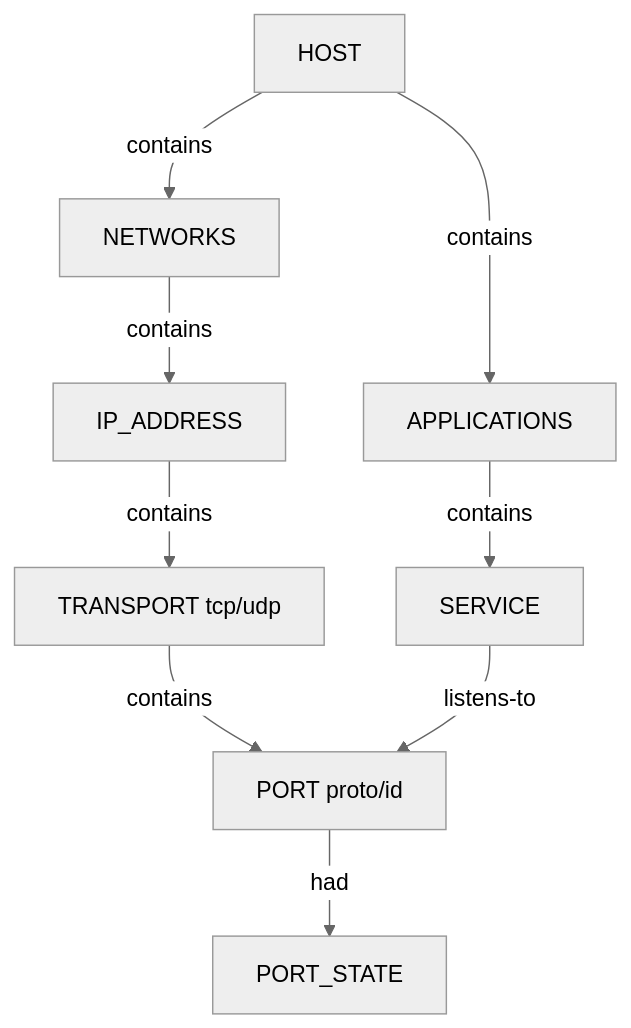
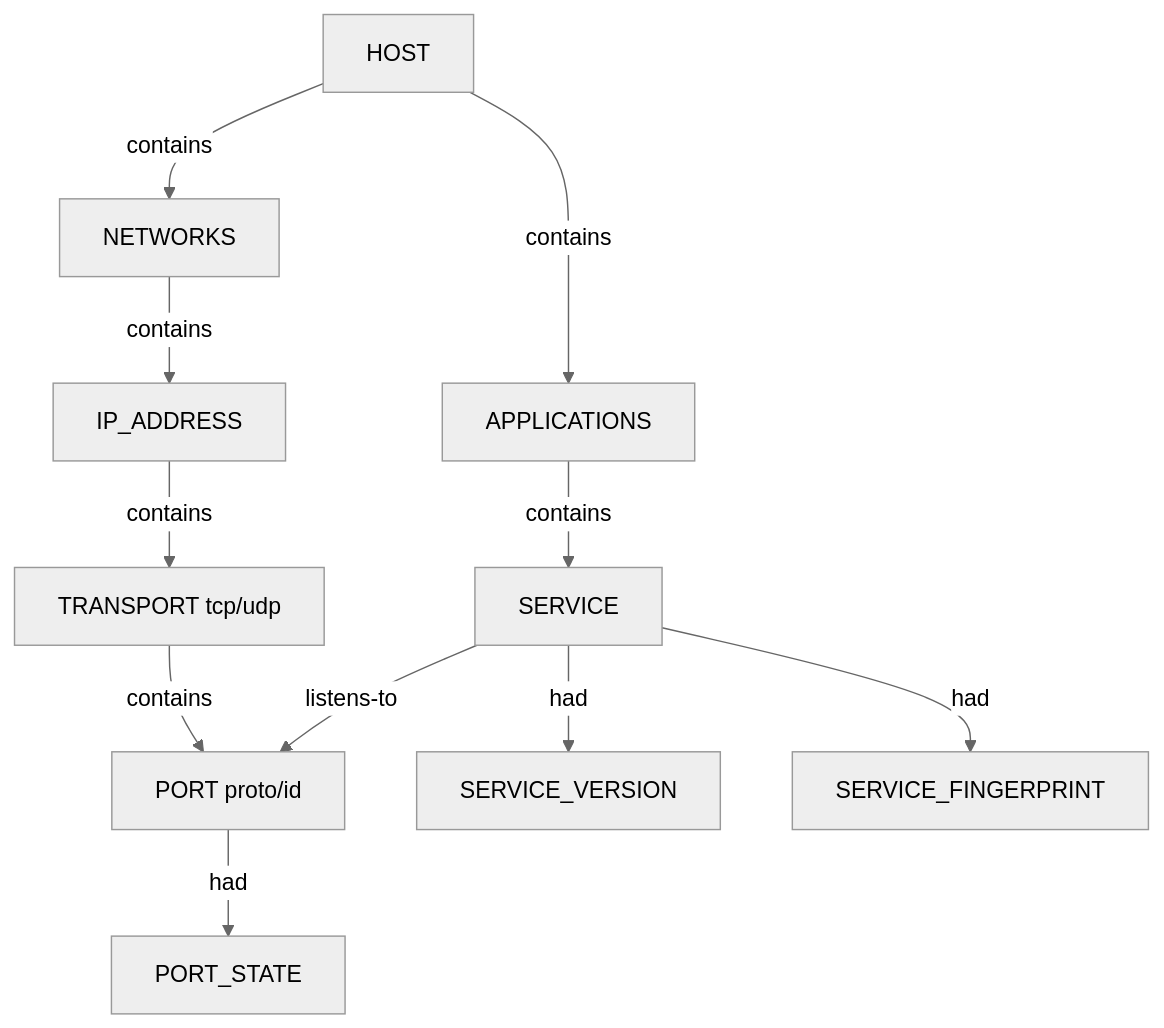
One commit to brettforbes/spiderfeet changed the second of 5 diagrams in .docs/docs-for-cli-tools/nugget_structure/nmap_nugget_graph_structure.md. Above: the diagram before and after it, drawn with Mermaid (neutral theme). The commit also changed other lines of this file and 19 other files, not shown here.

````diff
--- a/.docs/docs-for-cli-tools/nugget_structure/nmap_nugget_graph_structure.md
+++ b/.docs/docs-for-cli-tools/nugget_structure/nmap_nugget_graph_structure.md
@@ -40,19 +40,23 @@
 ```mermaid
 flowchart TD
   host["HOST"]
   apps["APPLICATIONS"]
   nets["NETWORKS"]
   ip["IP_ADDRESS"]
   transport["TRANSPORT tcp/udp"]
   port["PORT proto/id"]
   state["PORT_STATE"]
   svc["SERVICE"]
+  ver["SERVICE_VERSION"]
+  fp["SERVICE_FINGERPRINT"]
   host -->|contains| apps
   host -->|contains| nets
   nets -->|contains| ip
   ip -->|contains| transport
   transport -->|contains| port
   port -->|had| state
   apps -->|contains| svc
   svc -->|listens-to| port
+  svc -->|had| ver
+  svc -->|had| fp
 ```
````
